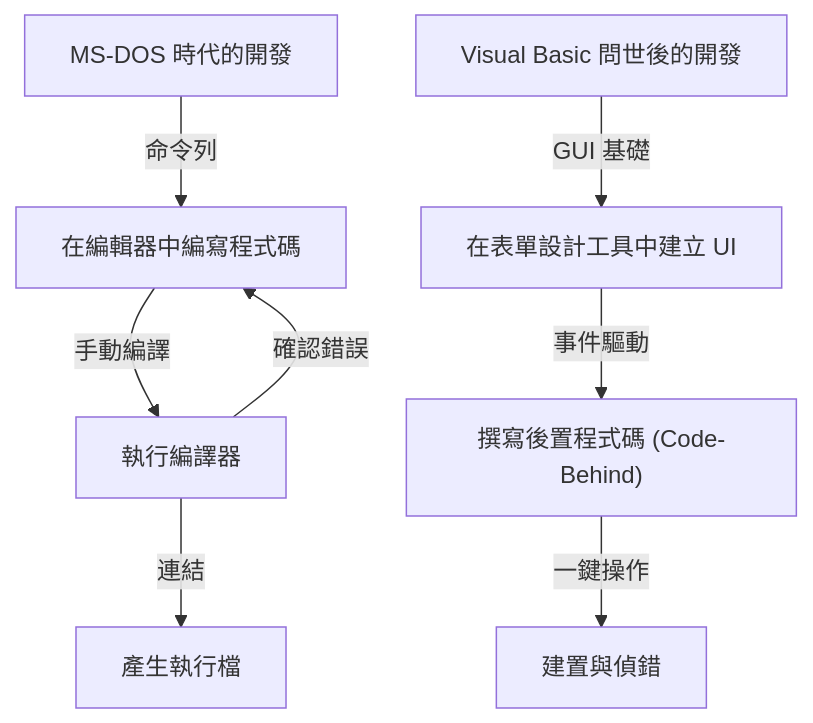
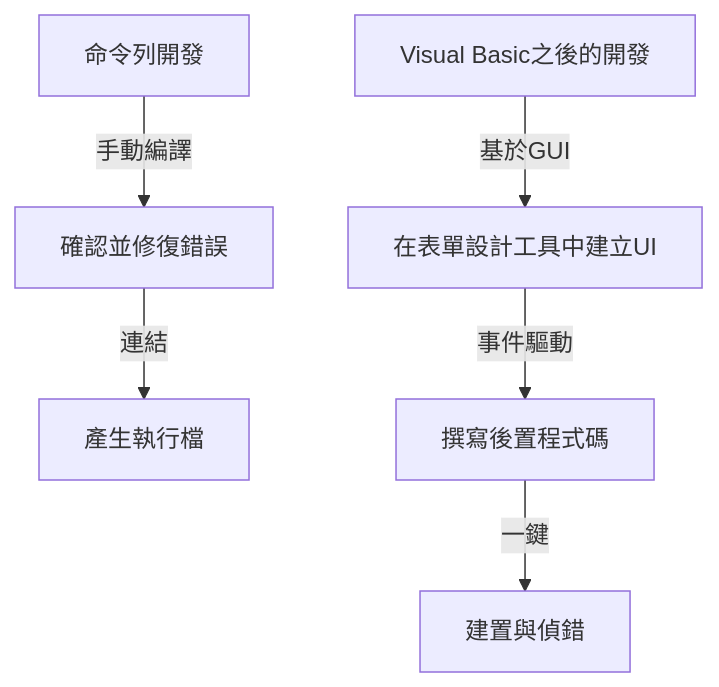
The first of 2 diagrams in content/post/history-of-visual-studio/index.zh-tw.md (kenjinote/blog), drawn with Mermaid before and after one commit. The commit also changed other lines of this file and 129 other files, not shown here.

````diff
--- a/content/post/history-of-visual-studio/index.zh-tw.md
+++ b/content/post/history-of-visual-studio/index.zh-tw.md
@@ -32,11 +29,9 @@
 ```mermaid
 graph TD
-    A["MS-DOS 時代的開發"] -- "命令列" --> B["在編輯器中編寫程式碼"]
-    B -- "手動編譯" --> C["執行編譯器"]
-    C -- "確認錯誤" --> B
-    C -- "連結" --> D["產生執行檔"]
+    A["命令列開發"] -- "手動編譯" --> B["確認並修復錯誤"]
+    B -- "連結" --> C["產生執行檔"]
     
-    E["Visual Basic 問世後的開發"] -- "GUI 基礎" --> F["在表單設計工具中建立 UI"]
-    F -- "事件驅動" --> G["撰寫後置程式碼 (Code-Behind)"]
-    G -- "一鍵操作" --> H["建置與偵錯"]
+    D["Visual Basic之後的開發"] -- "基於GUI" --> E["在表單設計工具中建立UI"]
+    E -- "事件驅動" --> F["撰寫後置程式碼"]
+    F -- "一鍵" --> G["建置與偵錯"]
 ```
````
